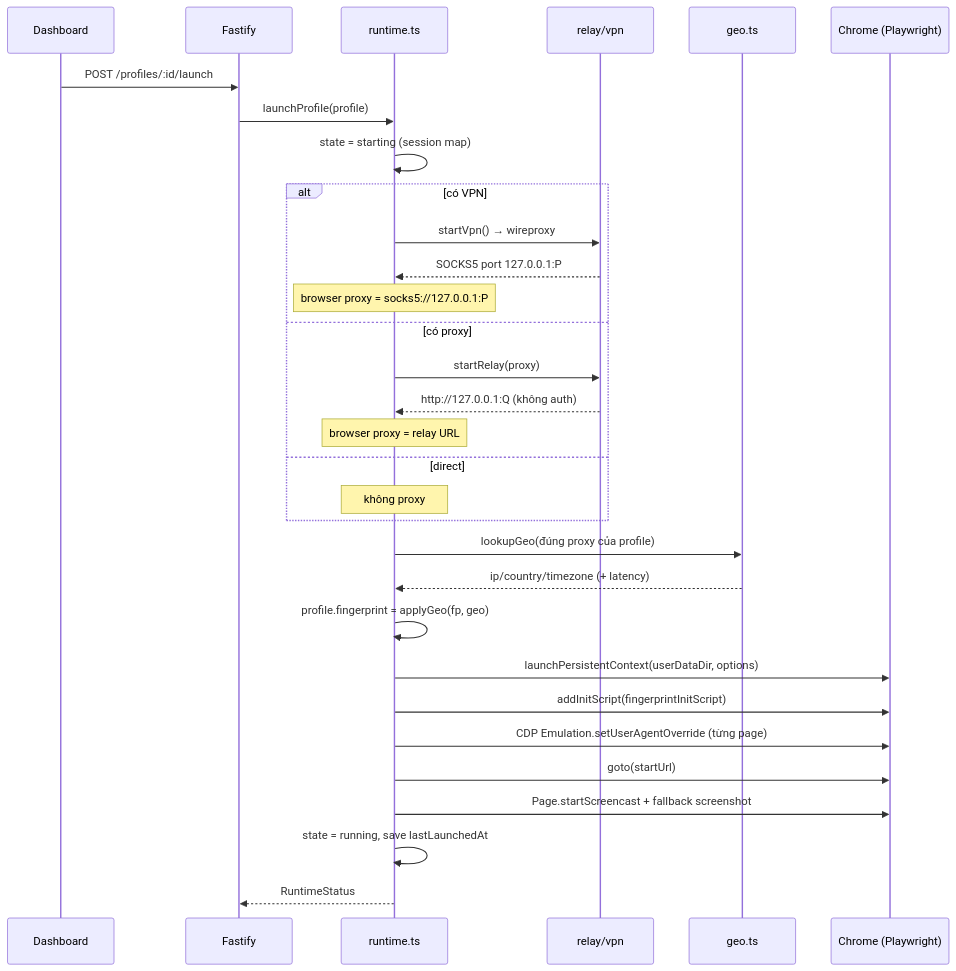
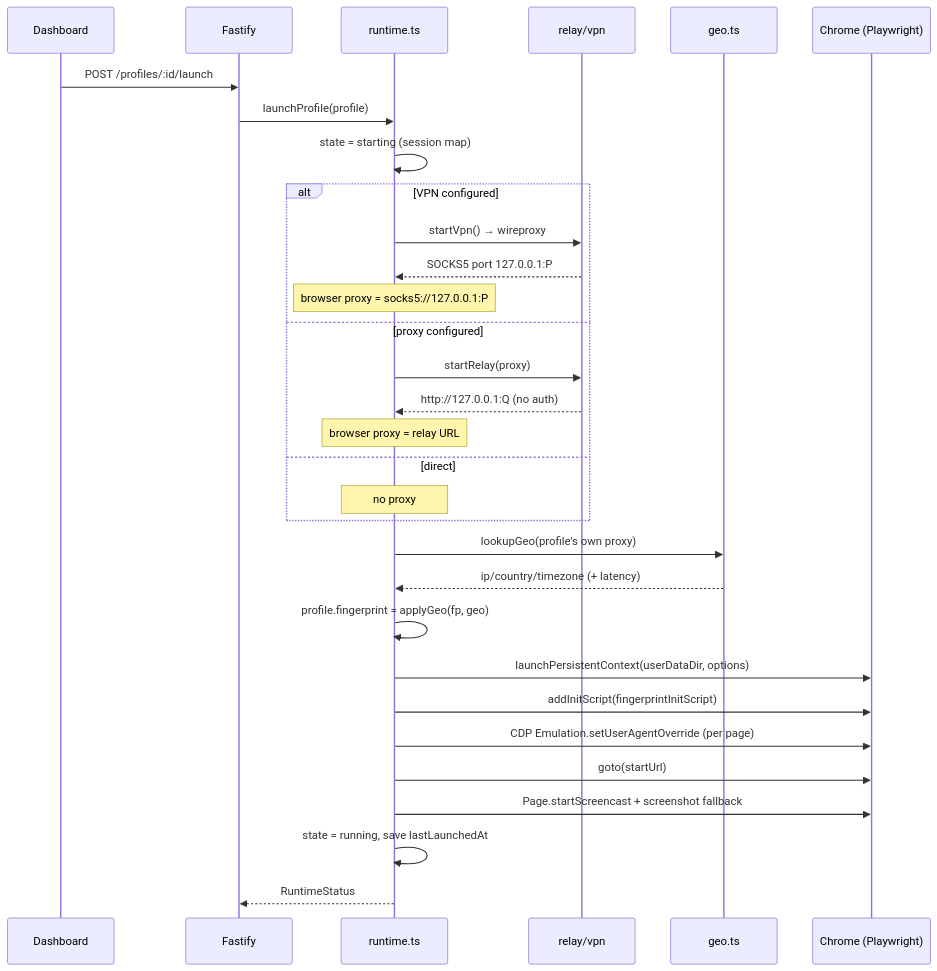
Before and after one commit to dinhvanit/virtual-browser: the diagram in docs/ARCHITECTURE.md, drawn with Mermaid. The commit also changed other lines of this file and 15 other files, not shown here.

````diff
--- a/docs/ARCHITECTURE.md
+++ b/docs/ARCHITECTURE.md
@@ -156,34 +159,34 @@
 ```mermaid
 sequenceDiagram
     participant UI as Dashboard
     participant API as Fastify
     participant RT as runtime.ts
     participant NET as relay/vpn
     participant GEO as geo.ts
     participant CH as Chrome (Playwright)
 
     UI->>API: POST /profiles/:id/launch
     API->>RT: launchProfile(profile)
     RT->>RT: state = starting (session map)
-    alt có VPN
+    alt VPN configured
         RT->>NET: startVpn() → wireproxy
         NET-->>RT: SOCKS5 port 127.0.0.1:P
         Note over RT: browser proxy = socks5://127.0.0.1:P
-    else có proxy
+    else proxy configured
         RT->>NET: startRelay(proxy)
-        NET-->>RT: http://127.0.0.1:Q (không auth)
+        NET-->>RT: http://127.0.0.1:Q (no auth)
         Note over RT: browser proxy = relay URL
     else direct
-        Note over RT: không proxy
+        Note over RT: no proxy
     end
-    RT->>GEO: lookupGeo(đúng proxy của profile)
+    RT->>GEO: lookupGeo(profile's own proxy)
     GEO-->>RT: ip/country/timezone (+ latency)
     RT->>RT: profile.fingerprint = applyGeo(fp, geo)
     RT->>CH: launchPersistentContext(userDataDir, options)
     RT->>CH: addInitScript(fingerprintInitScript)
-    RT->>CH: CDP Emulation.setUserAgentOverride (từng page)
+    RT->>CH: CDP Emulation.setUserAgentOverride (per page)
     RT->>CH: goto(startUrl)
-    RT->>CH: Page.startScreencast + fallback screenshot
+    RT->>CH: Page.startScreencast + screenshot fallback
     RT->>RT: state = running, save lastLaunchedAt
     RT-->>API: RuntimeStatus
 ```
````
